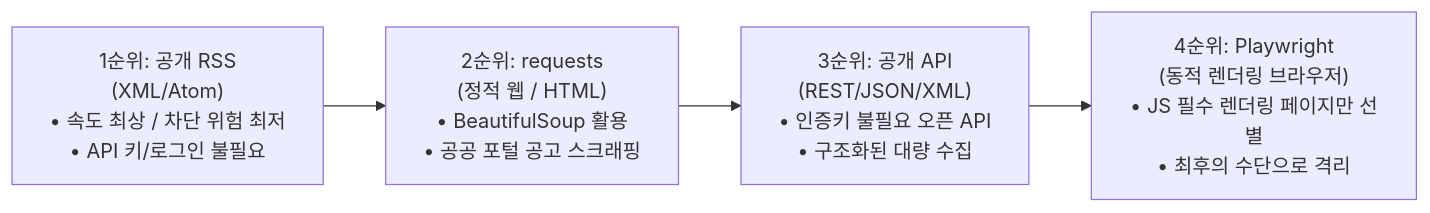
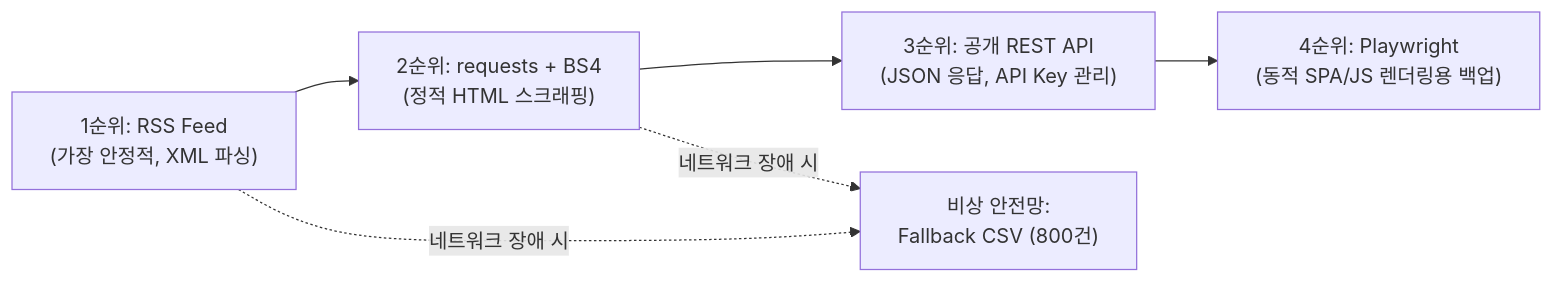
One commit to bjhan96/project1-market-agent changed the diagram in logs/source_plan.md. Above: the diagram before and after it, drawn with Mermaid. The commit also changed other lines of this file and 15 other files, not shown here.

````diff
--- a/logs/source_plan.md
+++ b/logs/source_plan.md
@@ -31,6 +43,8 @@
 ```mermaid
 flowchart LR
-    A["1순위: 공개 RSS<br/>(XML/Atom)<br/>• 속도 최상 / 차단 위험 최저<br/>• API 키/로그인 불필요"] --> B["2순위: requests<br/>(정적 웹 / HTML)<br/>• BeautifulSoup 활용<br/>• 공공 포털 공고 스크래핑"]
-    B --> C["3순위: 공개 API<br/>(REST/JSON/XML)<br/>• 인증키 불필요 오픈 API<br/>• 구조화된 대량 수집"]
-    C --> D["4순위: Playwright<br/>(동적 렌더링 브라우저)<br/>• JS 필수 렌더링 페이지만 선별<br/>• 최후의 수단으로 격리"]
+    Step1["1순위: RSS Feed\n(가장 안정적, XML 파싱)"] --> Step2["2순위: requests + BS4\n(정적 HTML 스크래핑)"]
+    Step2 --> Step3["3순위: 공개 REST API\n(JSON 응답, API Key 관리)"]
+    Step3 --> Step4["4순위: Playwright\n(동적 SPA/JS 렌더링용 백업)"]
+    Step1 -. 네트워크 장애 시 .-> Fallback["비상 안전망:\nFallback CSV (800건)"]
+    Step2 -. 네트워크 장애 시 .-> Fallback
 ```
````
